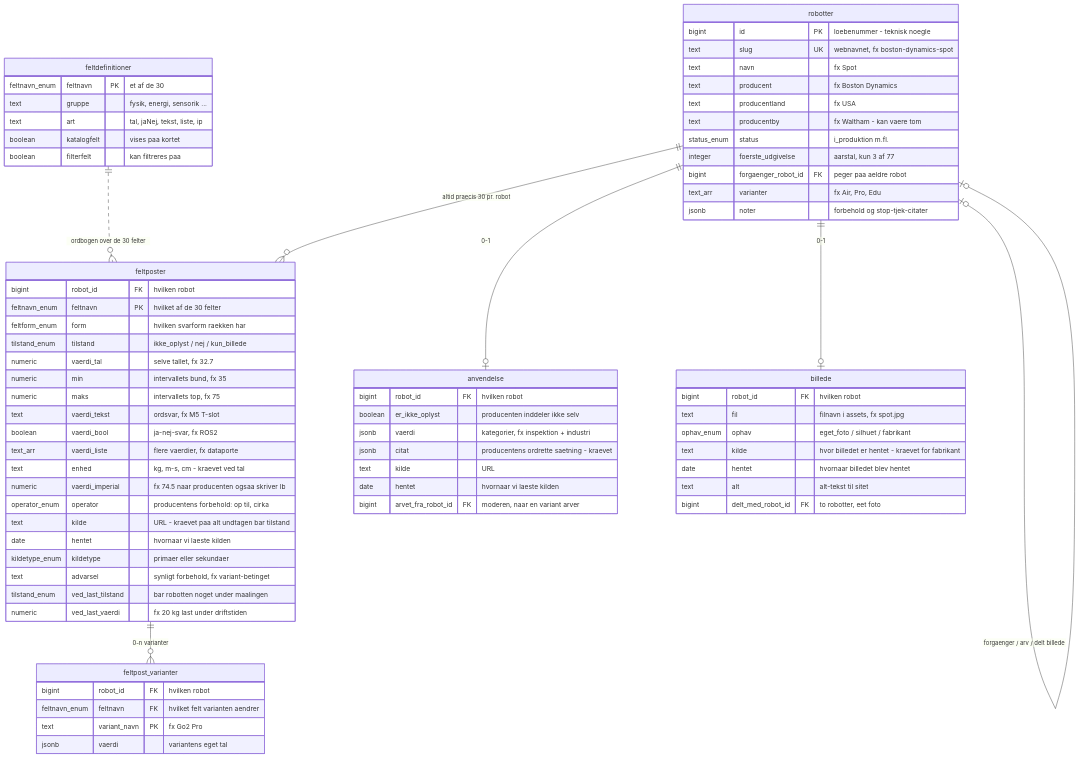
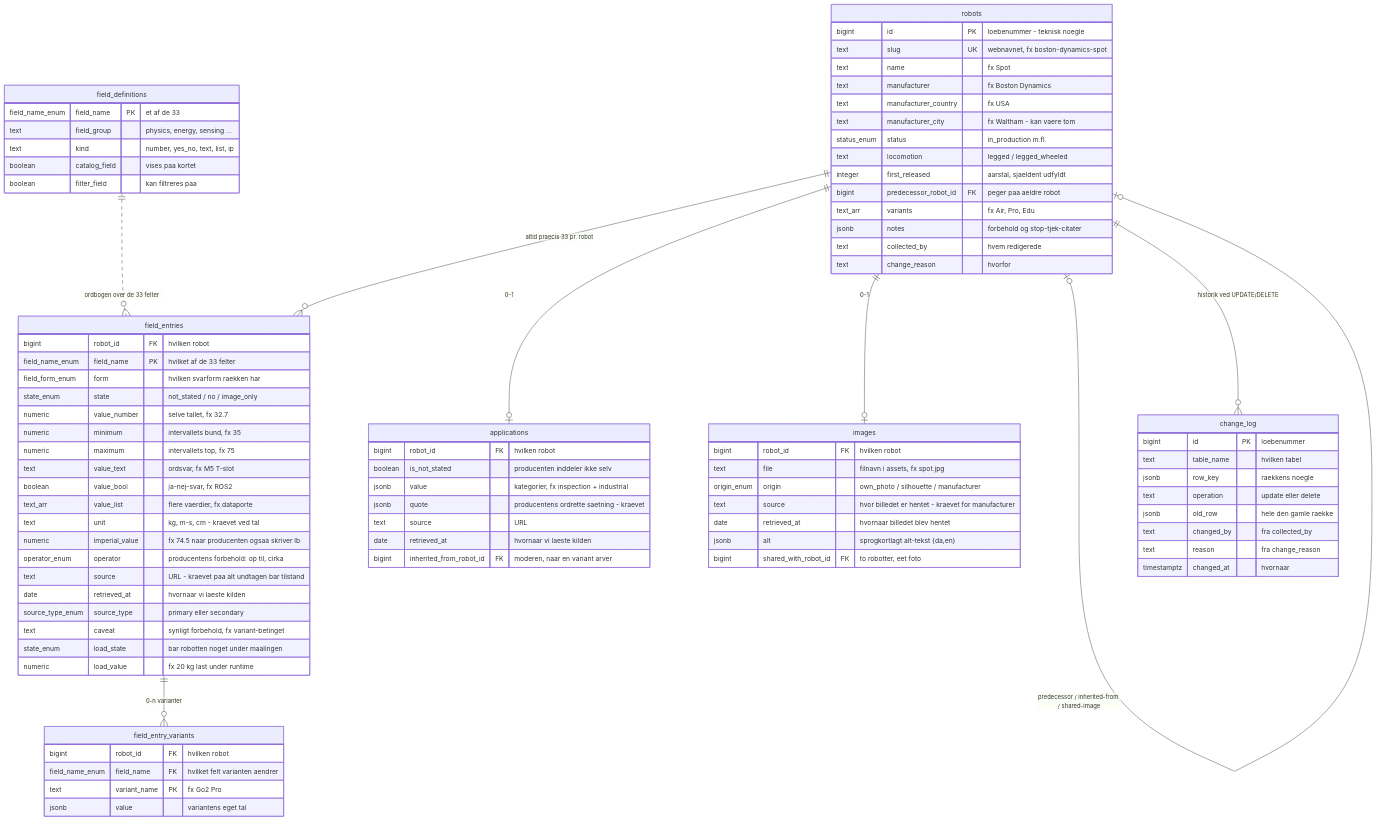
Before and after one commit to Thygeb/QuadrupedCatalog: the diagram in db/ER-DIAGRAM.md, drawn with Mermaid. The commit also changed other lines of this file and 8 other files, not shown here.

````diff
--- a/db/ER-DIAGRAM.md
+++ b/db/ER-DIAGRAM.md
@@ -3,75 +8,89 @@
 ```mermaid
 erDiagram
-  robotter ||--o{ feltposter : "altid praecis 30 pr. robot"
-  feltposter ||--o{ feltpost_varianter : "0-n varianter"
-  robotter ||--o| anvendelse : "0-1"
-  robotter ||--o| billede : "0-1"
-  robotter |o--o| robotter : "forgaenger / arv / delt billede"
-  feltdefinitioner ||..o{ feltposter : "ordbogen over de 30 felter"
+  robots ||--o{ field_entries : "altid praecis 33 pr. robot"
+  field_entries ||--o{ field_entry_variants : "0-n varianter"
+  robots ||--o| applications : "0-1"
+  robots ||--o| images : "0-1"
+  robots |o--o| robots : "predecessor / inherited-from / shared-image"
+  field_definitions ||..o{ field_entries : "ordbogen over de 33 felter"
+  robots ||--o{ change_log : "historik ved UPDATE/DELETE"
 
-  robotter {
+  robots {
     bigint id PK "loebenummer - teknisk noegle"
     text slug UK "webnavnet, fx boston-dynamics-spot"
-    text navn "fx Spot"
-    text producent "fx Boston Dynamics"
-    text producentland "fx USA"
-    text producentby "fx Waltham - kan vaere tom"
-    status_enum status "i_produktion m.fl."
-    integer foerste_udgivelse "aarstal, kun 3 af 77"
-    bigint forgaenger_robot_id FK "peger paa aeldre robot"
-    text_arr varianter "fx Air, Pro, Edu"
-    jsonb noter "forbehold og stop-tjek-citater"
+    text name "fx Spot"
+    text manufacturer "fx Boston Dynamics"
+    text manufacturer_country "fx USA"
+    text manufacturer_city "fx Waltham - kan vaere tom"
+    status_enum status "in_production m.fl."
+    text locomotion "legged / legged_wheeled"
+    integer first_released "aarstal, sjaeldent udfyldt"
+    bigint predecessor_robot_id FK "peger paa aeldre robot"
+    text_arr variants "fx Air, Pro, Edu"
+    jsonb notes "forbehold og stop-tjek-citater"
+    text collected_by "hvem redigerede"
+    text change_reason "hvorfor"
   }
-  feltposter {
+  field_entries {
     bigint robot_id FK "hvilken robot"
-    feltnavn_enum feltnavn PK "hvilket af de 30 felter"
-    feltform_enum form "hvilken svarform raekken har"
-    tilstand_enum tilstand "ikke_oplyst / nej / kun_billede"
-    numeric vaerdi_tal "selve tallet, fx 32.7"
-    numeric min "intervallets bund, fx 35"
-    numeric maks "intervallets top, fx 75"
-    text vaerdi_tekst "ordsvar, fx M5 T-slot"
-    boolean vaerdi_bool "ja-nej-svar, fx ROS2"
-    text_arr vaerdi_liste "flere vaerdier, fx dataporte"
-    text enhed "kg, m-s, cm - kraevet ved tal"
-    numeric vaerdi_imperial "fx 74.5 naar producenten ogsaa skriver lb"
+    field_name_enum field_name PK "hvilket af de 33 felter"
+    field_form_enum form "hvilken svarform raekken har"
+    state_enum state "not_stated / no / image_only"
+    numeric value_number "selve tallet, fx 32.7"
+    numeric minimum "intervallets bund, fx 35"
+    numeric maximum "intervallets top, fx 75"
+    text value_text "ordsvar, fx M5 T-slot"
+    boolean value_bool "ja-nej-svar, fx ROS2"
+    text_arr value_list "flere vaerdier, fx dataporte"
+    text unit "kg, m-s, cm - kraevet ved tal"
+    numeric imperial_value "fx 74.5 naar producenten ogsaa skriver lb"
     operator_enum operator "producentens forbehold: op til, cirka"
-    text kilde "URL - kraevet paa alt undtagen bar tilstand"
-    date hentet "hvornaar vi laeste kilden"
-    kildetype_enum kildetype "primaer eller sekundaer"
-    text advarsel "synligt forbehold, fx variant-betinget"
-    tilstand_enum ved_last_tilstand "bar robotten noget under maalingen"
-    numeric ved_last_vaerdi "fx 20 kg last under driftstiden"
+    text source "URL - kraevet paa alt undtagen bar tilstand"
+    date retrieved_at "hvornaar vi laeste kilden"
+    source_type_enum source_type "primary eller secondary"
+    text caveat "synligt forbehold, fx variant-betinget"
+    state_enum load_state "bar robotten noget under maalingen"
+    numeric load_value "fx 20 kg last under runtime"
   }
-  feltpost_varianter {
+  field_entry_variants {
     bigint robot_id FK "hvilken robot"
-    feltnavn_enum feltnavn FK "hvilket felt varianten aendrer"
-    text variant_navn PK "fx Go2 Pro"
-    jsonb vaerdi "variantens eget tal"
+    field_name_enum field_name FK "hvilket felt varianten aendrer"
+    text variant_name PK "fx Go2 Pro"
+    jsonb value "variantens eget tal"
   }
-  anvendelse {
+  applications {
     bigint robot_id FK "hvilken robot"
-    boolean er_ikke_oplyst "producenten inddeler ikke selv"
-    jsonb vaerdi "kategorier, fx inspektion + industri"
-    jsonb citat "producentens ordrette saetning - kraevet"
-    text kilde "URL"
-    date hentet "hvornaar vi laeste kilden"
-    bigint arvet_fra_robot_id FK "moderen, naar en variant arver"
+    boolean is_not_stated "producenten inddeler ikke selv"
+    jsonb value "kategorier, fx inspection + industrial"
+    jsonb quote "producentens ordrette saetning - kraevet"
+    text source "URL"
+    date retrieved_at "hvornaar vi laeste kilden"
+    bigint inherited_from_robot_id FK "moderen, naar en variant arver"
   }
-  billede {
+  images {
     bigint robot_id FK "hvilken robot"
-    text fil "filnavn i assets, fx spot.jpg"
-    ophav_enum ophav "eget_foto / silhuet / fabrikant"
-    text kilde "hvor billedet er hentet - kraevet for fabrikant"
-    date hentet "hvornaar billedet blev hentet"
-    text alt "alt-tekst til sitet"
-    bigint delt_med_robot_id FK "to robotter, eet foto"
+    text file "filnavn i assets, fx spot.jpg"
+    origin_enum origin "own_photo / silhouette / manufacturer"
+    text source "hvor billedet er hentet - kraevet for manufacturer"
+    date retrieved_at "hvornaar billedet blev hentet"
+    jsonb alt "sprogkortlagt alt-tekst {da,en}"
+    bigint shared_with_robot_id FK "to robotter, eet foto"
   }
-  feltdefinitioner {
-    feltnavn_enum feltnavn PK "et af de 30"
-    text gruppe "fysik, energi, sensorik ..."
-    text art "tal, jaNej, tekst, liste, ip"
-    boolean katalogfelt "vises paa kortet"
-    boolean filterfelt "kan filtreres paa"
+  field_definitions {
+    field_name_enum field_name PK "et af de 33"
+    text field_group "physics, energy, sensing ..."
+    text kind "number, yes_no, text, list, ip"
+    boolean catalog_field "vises paa kortet"
+    boolean filter_field "kan filtreres paa"
+  }
+  change_log {
+    bigint id PK "loebenummer"
+    text table_name "hvilken tabel"
+    jsonb row_key "raekkens noegle"
+    text operation "update eller delete"
+    jsonb old_row "hele den gamle raekke"
+    text changed_by "fra collected_by"
+    text reason "fra change_reason"
+    timestamptz changed_at "hvornaar"
   }
 ```
````
